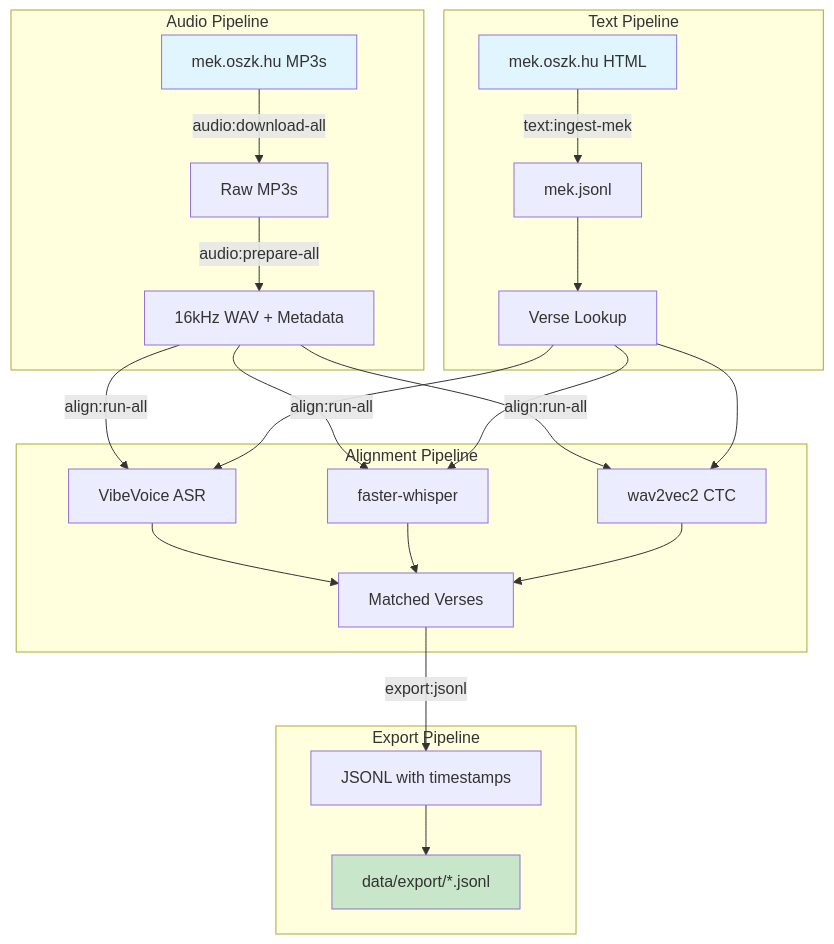
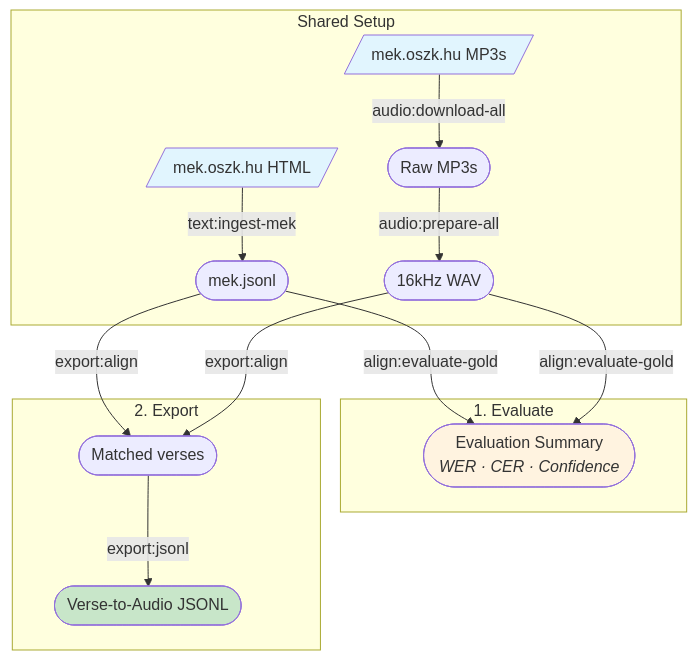
The diagram in README.md (oroszgy/biblia-vox), drawn with Mermaid before and after one commit. The commit also changed other lines of this file, not shown here.

Commit message:
docs: update README with shared setup and evaluation use cases

````diff
--- a/README.md
+++ b/README.md
@@ -18,33 +18,27 @@
 ```mermaid
 graph TB
-    subgraph "Text Pipeline"
-        T1[mek.oszk.hu HTML] -->|text:ingest-mek| T2[mek.jsonl]
-        T2 --> T6[Verse Lookup]
+    subgraph "Shared Setup"
+        T1[/"mek.oszk.hu HTML"/] -->|text:ingest-mek| T2([mek.jsonl])
+        A1[/"mek.oszk.hu MP3s"/] -->|audio:download-all| A2([Raw MP3s])
+        A2 -->|audio:prepare-all| A3([16kHz WAV])
     end
 
-    subgraph "Audio Pipeline"
-        A1[mek.oszk.hu MP3s] -->|audio:download-all| A2[Raw MP3s]
-        A2 -->|audio:prepare-all| A3[16kHz WAV + Metadata]
+    T2 -->|export:align| X1
+    A3 -->|export:align| X1
+    T2 -->|align:evaluate-gold| E1
+    A3 -->|align:evaluate-gold| E1
+
+    subgraph EVAL["1. Evaluate"]
+        E1([Evaluation Summary<br/><i>WER · CER · Confidence</i>])
     end
 
-    subgraph "Alignment Pipeline"
-        A3 -->|align:run-all| AL1[VibeVoice ASR]
-        A3 -->|align:run-all| AL2[faster-whisper]
-        A3 -->|align:run-all| AL3[wav2vec2 CTC]
-        T6 --> AL1
-        T6 --> AL2
-        T6 --> AL3
-        AL1 --> AL4[Matched Verses]
-        AL2 --> AL4
-        AL3 --> AL4
-    end
-
-    subgraph "Export Pipeline"
-        AL4 -->|export:jsonl| E1[JSONL with timestamps]
-        E1 --> E2[data/export/*.jsonl]
+    subgraph EXPORT["2. Export"]
+        X1([Matched verses])
+        X1 -->|export:jsonl| X2([Verse-to-Audio JSONL])
     end
 
     style T1 fill:#e1f5fe
     style A1 fill:#e1f5fe
-    style E2 fill:#c8e6c9
+    style E1 fill:#fff3e0
+    style X2 fill:#c8e6c9
 ```
````
